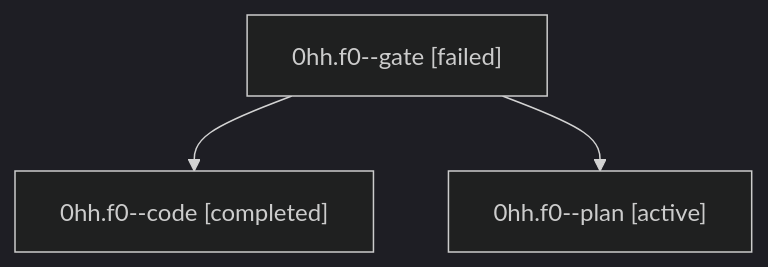
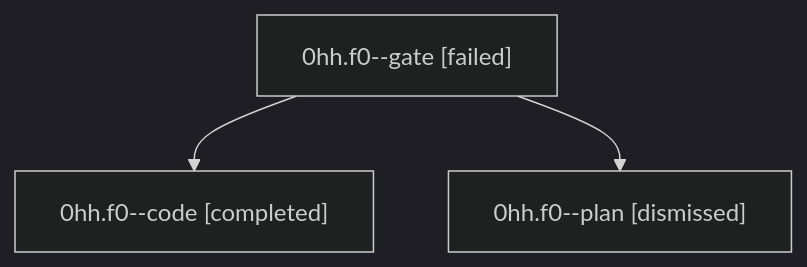
One commit to sase-org/sase--agents changed the diagram in sessions/bbugyi200.athena.0hh.f0.md. Above: the diagram before and after it, drawn with Mermaid (dark theme). The commit also changed other lines of this file and 31 other files, not shown here.

````diff
--- a/sessions/bbugyi200.athena.0hh.f0.md
+++ b/sessions/bbugyi200.athena.0hh.f0.md
@@ -9,8 +9,8 @@
 ```mermaid
 flowchart TD
   n0["0hh.f0--gate [failed]"]
   n1["0hh.f0--code [completed]"]
   n0 --> n1
-  n2["0hh.f0--plan [active]"]
+  n2["0hh.f0--plan [dismissed]"]
   n0 --> n2
 ```
````
